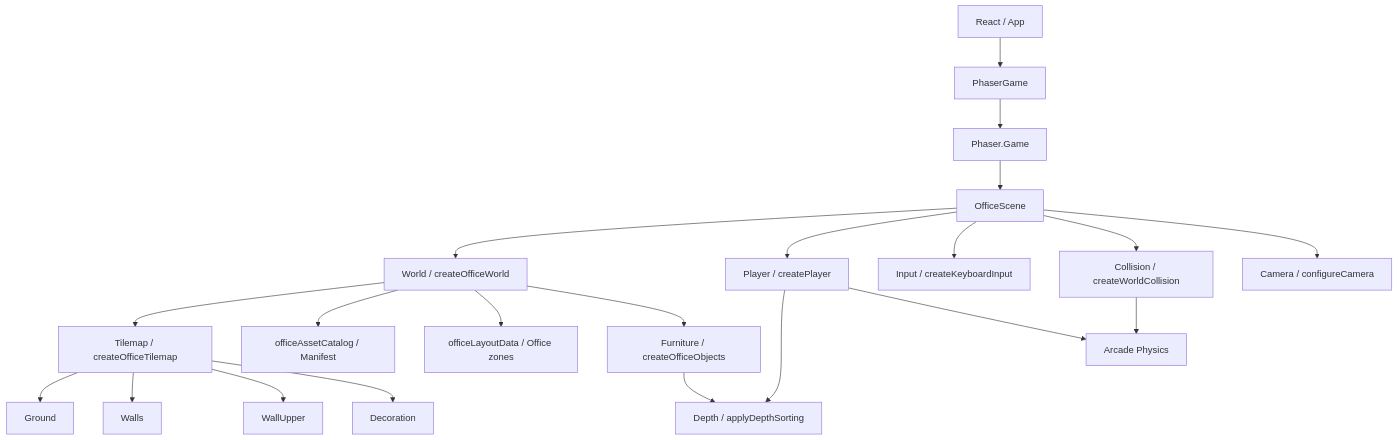
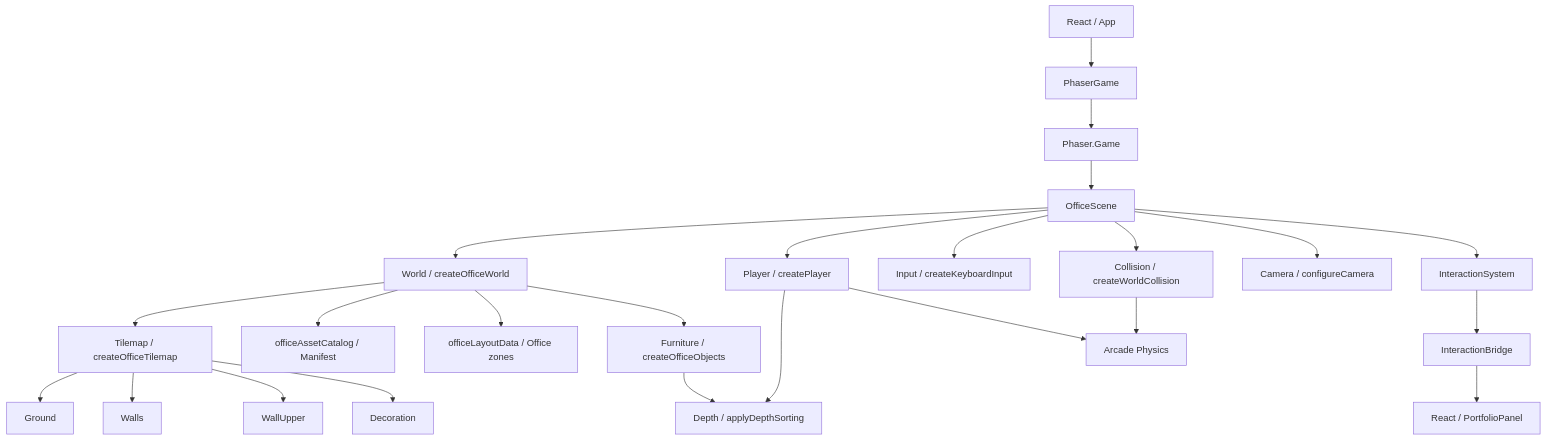
The diagram in docs/ARCHITECTURE.md (MARCOANTONIOCARDENASSANCHEZ/MiPortafolio), drawn with Mermaid before and after one commit. The commit also changed other lines of this file and 15 other files, not shown here.

Commit message:
feat: add portfolio interaction system [AddPortfolio-0010]

````diff
--- a/docs/ARCHITECTURE.md
+++ b/docs/ARCHITECTURE.md
@@ -69,23 +75,26 @@
 ```mermaid
 flowchart TD
     React[React / App] --> PhaserGame[PhaserGame]
     PhaserGame --> Phaser[Phaser.Game]
     Phaser --> OfficeScene[OfficeScene]
     OfficeScene --> World[World / createOfficeWorld]
     World --> Tilemap[Tilemap / createOfficeTilemap]
     Tilemap --> Ground[Ground]
     Tilemap --> Walls[Walls]
     Tilemap --> WallUpper[WallUpper]
     Tilemap --> Decoration[Decoration]
     World --> Catalog[officeAssetCatalog / Manifest]
     World --> Layout[officeLayoutData / Office zones]
     World --> Furniture[Furniture / createOfficeObjects]
     OfficeScene --> Player[Player / createPlayer]
     OfficeScene --> Input[Input / createKeyboardInput]
     OfficeScene --> Collision[Collision / createWorldCollision]
     OfficeScene --> Camera[Camera / configureCamera]
+    OfficeScene --> Interaction[InteractionSystem]
+    Interaction --> Bridge[InteractionBridge]
+    Bridge --> Panel[React / PortfolioPanel]
     Player --> Depth[Depth / applyDepthSorting]
     Furniture --> Depth
     Collision --> Physics[Arcade Physics]
     Player --> Physics
 ```
````
